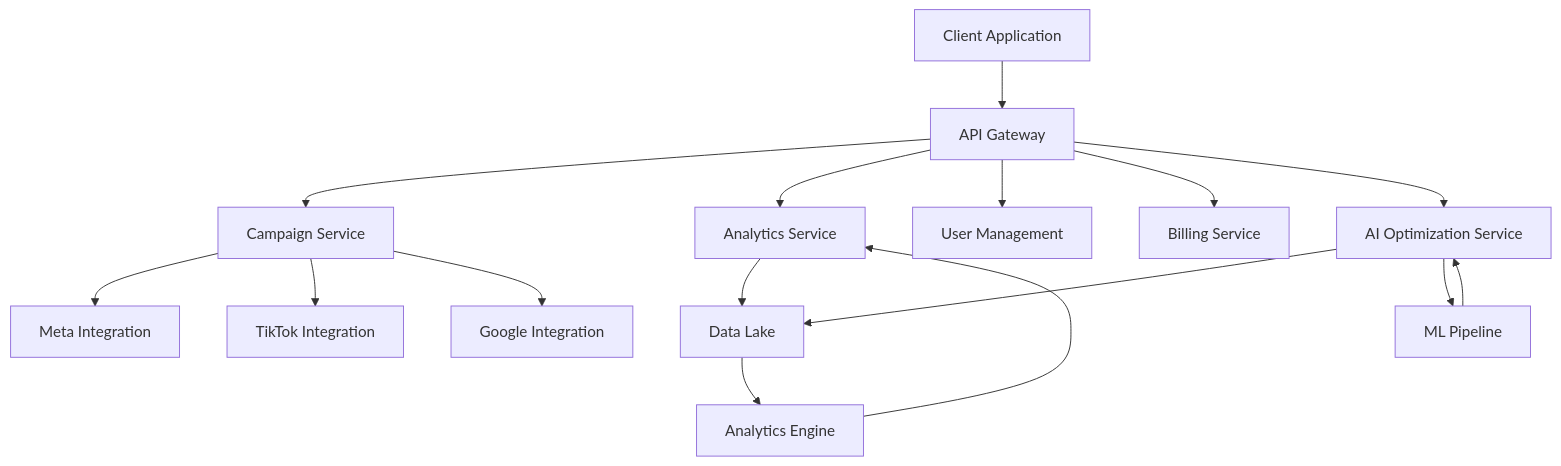
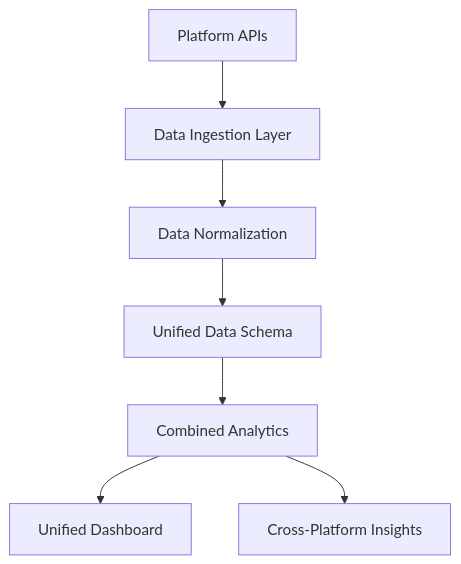
Before and after one commit to Yengner/DeepVisor: the fourth of 4 diagrams in README.md, drawn with Mermaid. The commit also changed other lines of this file, not shown here.

````diff
--- a/README.md
+++ b/README.md
@@ -240,23 +148,9 @@
 ```mermaid
 graph TD
-    A[Client Application] --> B[API Gateway]
-    
-    B --> C[Campaign Service]
-    B --> D[Analytics Service]
-    B --> E[User Management]
-    B --> F[Billing Service]
-    B --> G[AI Optimization Service]
-    
-    C --> H[Meta Integration]
-    C --> I[TikTok Integration]
-    C --> J[Google Integration]
-    
-    D --> K[Data Lake]
-    G --> K
-    
-    K --> L[Analytics Engine]
-    L --> D
-    
-    G --> M[ML Pipeline]
-    M --> G
+    A[Platform APIs] --> B[Data Ingestion Layer]
+    B --> C[Data Normalization]
+    C --> D[Unified Data Schema]
+    D --> E[Combined Analytics]
+    E --> F[Unified Dashboard]
+    E --> G[Cross-Platform Insights]
 ```
````
